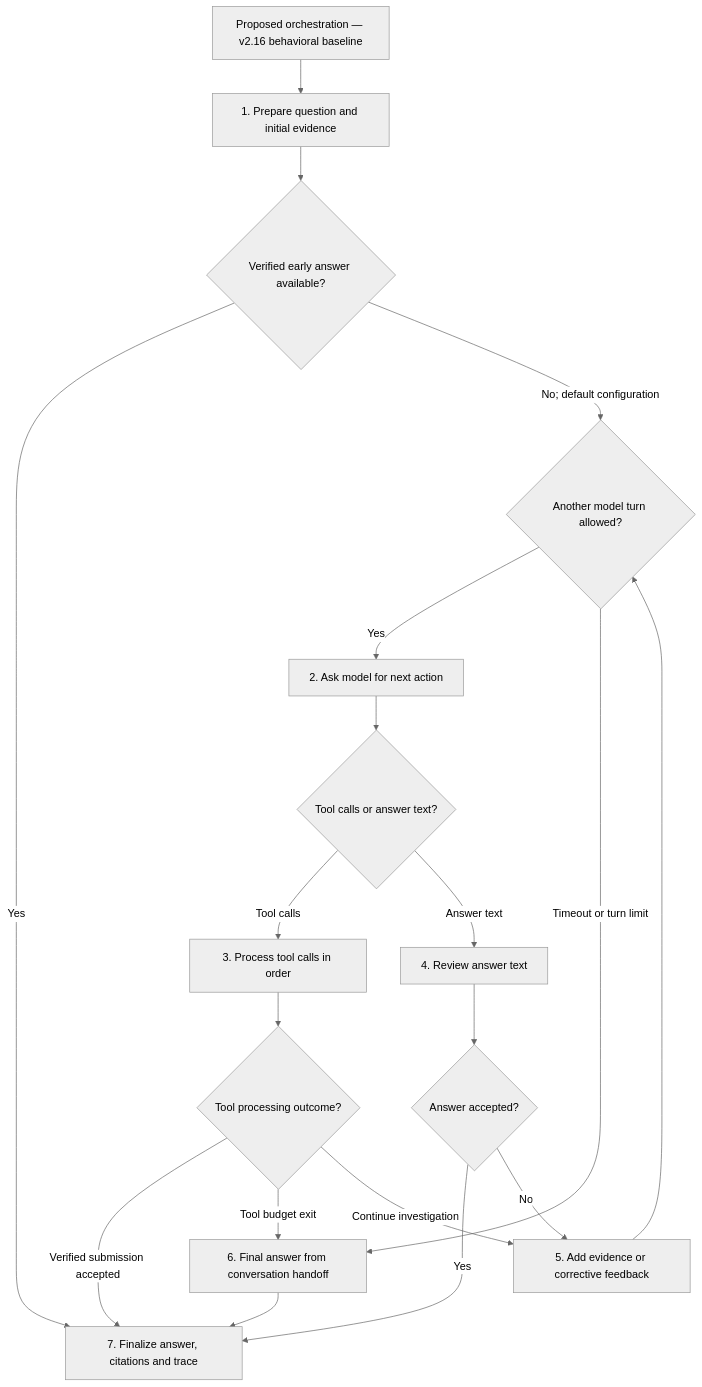
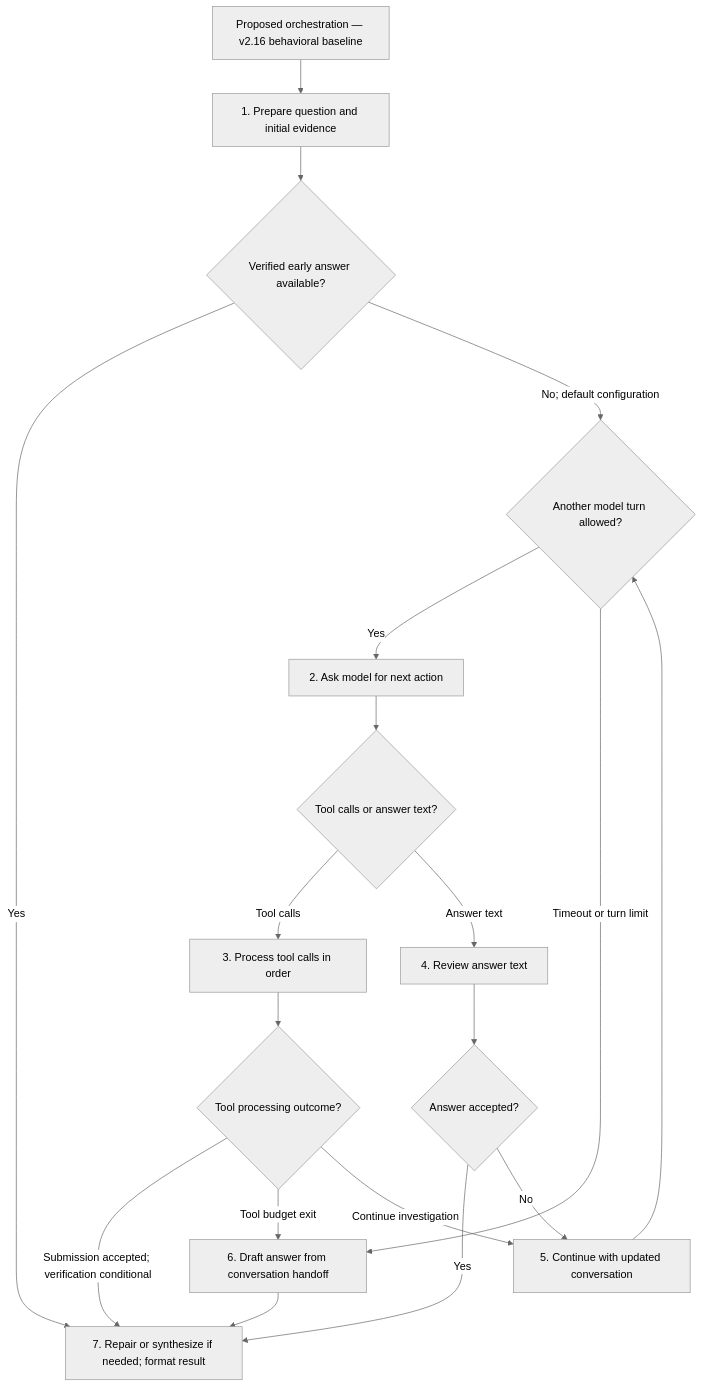
One commit to kubilaycaglayan/advanced-rag-with-langfuse changed the diagram in docs/langgraph-agent-graph-proposal.md. Above: the diagram before and after it, drawn with Mermaid (neutral theme). The commit also changed other lines of this file and 1 other file, not shown here.

Commit message:
Document graph relationships

````diff
--- a/docs/langgraph-agent-graph-proposal.md
+++ b/docs/langgraph-agent-graph-proposal.md
@@ -21,34 +21,34 @@
 ```mermaid
 flowchart TD
     signature["Proposed orchestration — v2.16 behavioral baseline"]
     prepare["1. Prepare question and initial evidence"]
     early{"Verified early answer available?"}
     budget{"Another model turn allowed?"}
     think["2. Ask model for next action"]
     route{"Tool calls or answer text?"}
     tools["3. Process tool calls in order"]
     review["4. Review answer text"]
     outcome{"Tool processing outcome?"}
     accepted{"Answer accepted?"}
-    feedback["5. Add evidence or corrective feedback"]
-    forced["6. Final answer from conversation handoff"]
-    finish["7. Finalize answer, citations and trace"]
+    feedback["5. Continue with updated conversation"]
+    forced["6. Draft answer from conversation handoff"]
+    finish["7. Repair or synthesize if needed; format result"]
     signature --> prepare
     prepare --> early
     early -->|"Yes"| finish
     early -->|"No; default configuration"| budget
     budget -->|"Yes"| think
     budget -->|"Timeout or turn limit"| forced
     think --> route
     route -->|"Tool calls"| tools
     route -->|"Answer text"| review
     tools --> outcome
-    outcome -->|"Verified submission accepted"| finish
+    outcome -->|"Submission accepted; verification conditional"| finish
     outcome -->|"Tool budget exit"| forced
     outcome -->|"Continue investigation"| feedback
     review --> accepted
     accepted -->|"Yes"| finish
     accepted -->|"No"| feedback
     feedback --> budget
     forced --> finish
 ```
````
